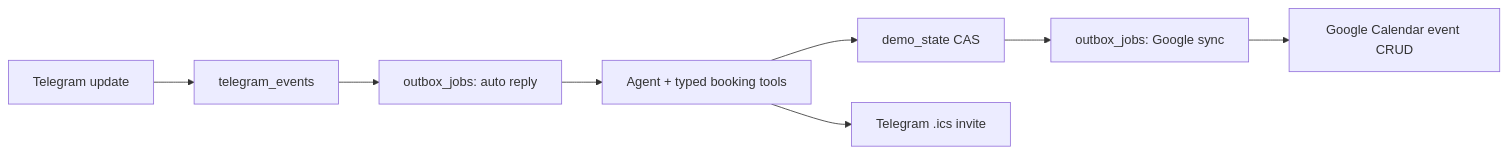
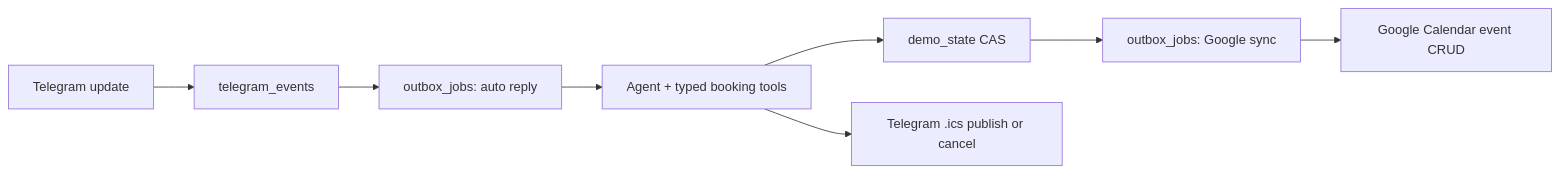
One commit to BryanTheLai/codex-july-hackathon-official changed the diagram in docs/calendar-outbox.md. Above: the diagram before and after it, drawn with Mermaid. The commit also changed other lines of this file and 139 other files, not shown here.

````diff
--- a/docs/calendar-outbox.md
+++ b/docs/calendar-outbox.md
@@ -25,10 +37,10 @@
 ```mermaid
 flowchart LR
   T[Telegram update] --> E[telegram_events]
   E --> O[outbox_jobs: auto reply]
   O --> A[Agent + typed booking tools]
   A --> W[demo_state CAS]
   W --> G[outbox_jobs: Google sync]
   G --> C[Google Calendar event CRUD]
-  A --> I[Telegram .ics invite]
+  A --> I[Telegram .ics publish or cancel]
 ```
````
